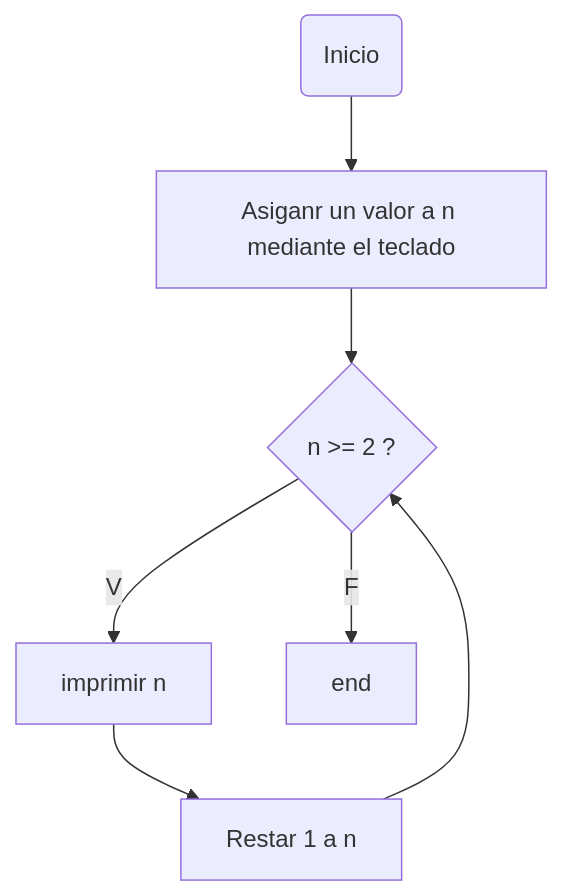
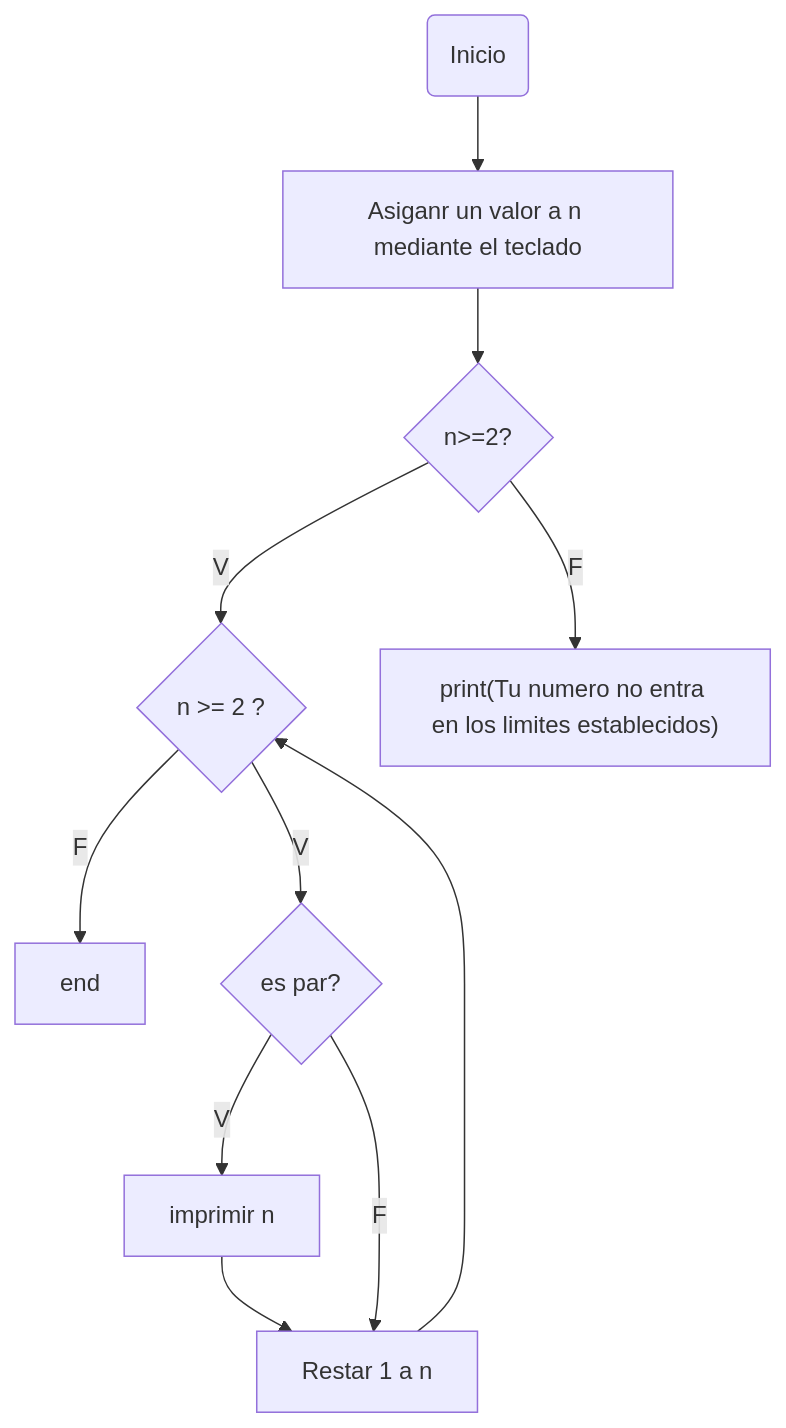
The third of 3 diagrams in README.md (Felip-UN/Bucles-R6), drawn with Mermaid before and after one commit. The commit also changed other lines of this file, not shown here.

````diff
--- a/README.md
+++ b/README.md
@@ -86,15 +89,21 @@
 ```mermaid
 ---
 config:
   layout: fixed
 ---
 flowchart TD
     n1["Inicio"] --> n2["Asiganr un valor a n mediante el teclado"]
-    n3["n &gt;= 2 ?"] -- V --> n4["imprimir n"]
-    n4 --> n5["Restar 1 a n"]
-    n5 --> n3
+    n4["imprimir n"] --> n5["Restar 1 a n"]
+    n5 --> n3["n &gt;= 2 ?"]
     n3 -- F --> n6["end"]
-    n2 --> n3
+    n7["n&gt;=2?"] -- V --> n3
+    n7 -- F --> n8["print(Tu numero no entra en los limites establecidos)"]
+    n2 --> n7
+    n9["es par?"] -- V --> n4
+    n9 -- F --> n5
+    n3 -- V --> n9
     n1@{ shape: rounded}
     n3@{ shape: diam}
+    n7@{ shape: diam}
+    n9@{ shape: diam}
 ```
````
